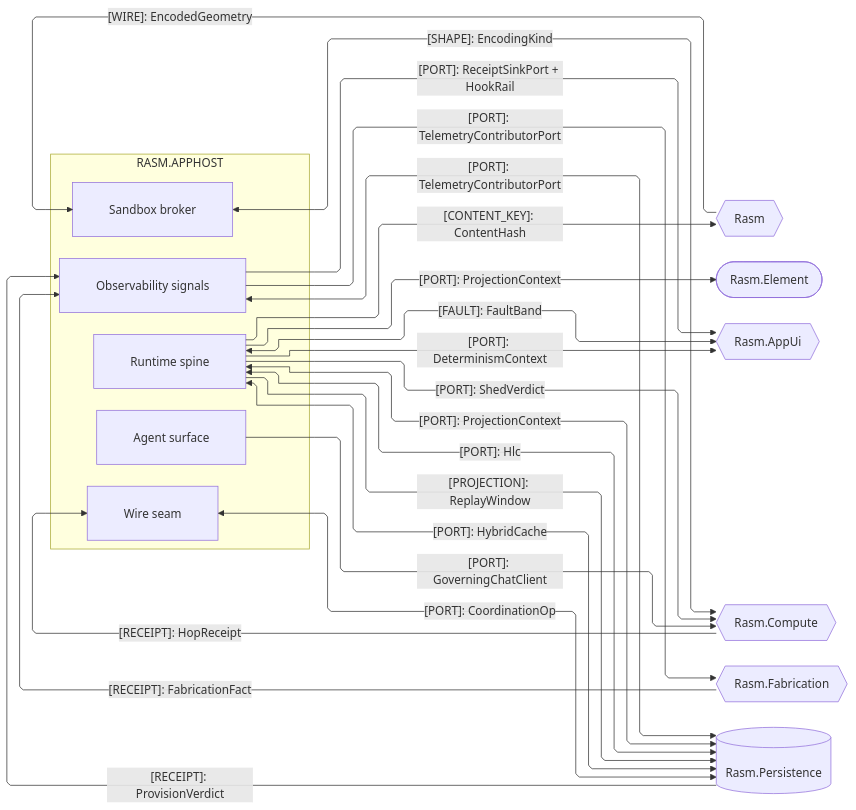
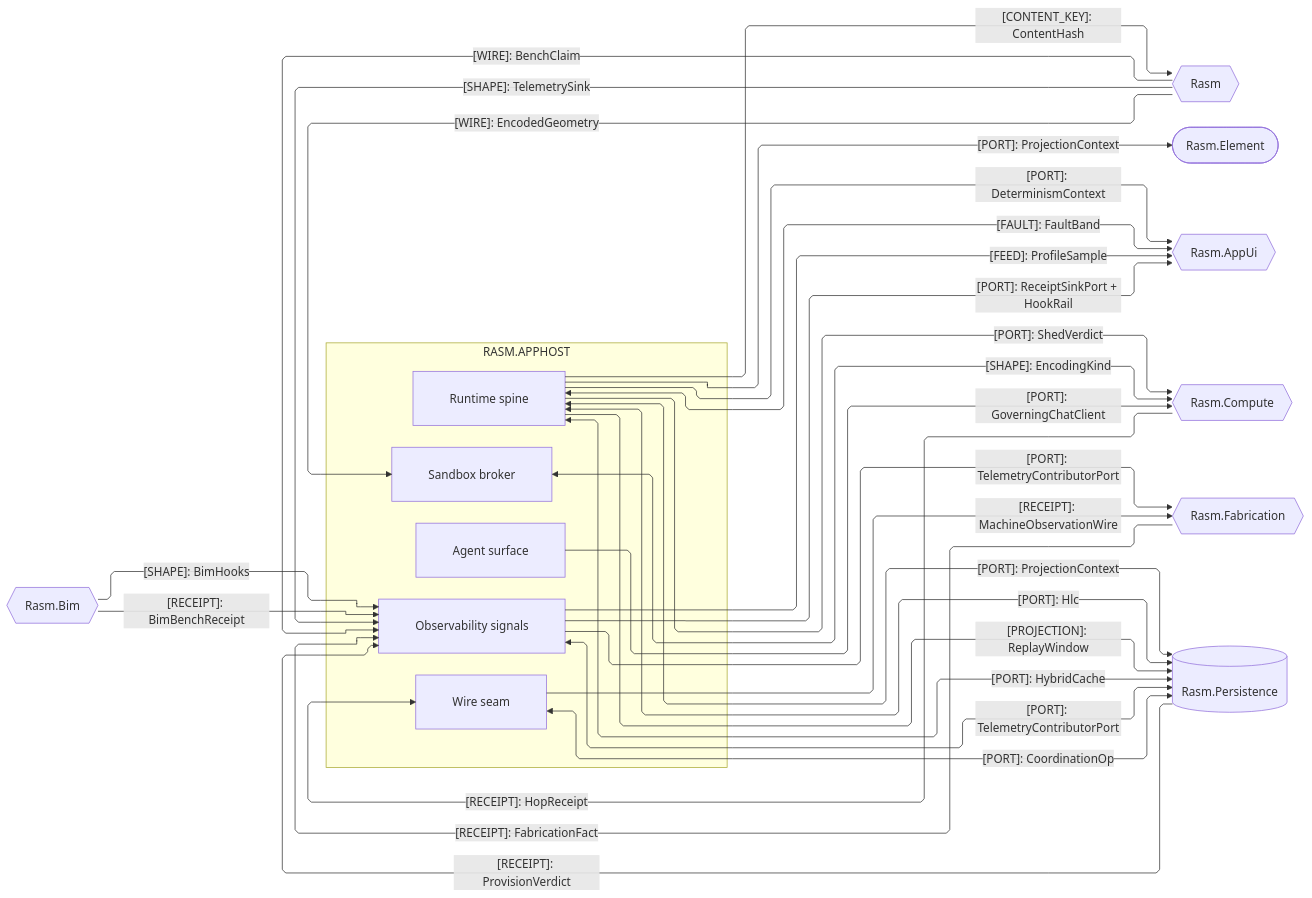
Before and after one commit to bsamiee/Rasm: the third of 4 diagrams in libs/csharp/Rasm.AppHost/ARCHITECTURE.md, drawn with Mermaid. The commit also changed 124 other files, not shown here.

First line of the commit message:
planning registries: ARCHITECTURE/README/IDEAS/TASKLOG/RULINGS + csproj, campaign-method, CLAUDE.md

````diff
--- a/libs/csharp/Rasm.AppHost/ARCHITECTURE.md
+++ b/libs/csharp/Rasm.AppHost/ARCHITECTURE.md
@@ -145,44 +145,51 @@
 ```mermaid
 ---
 config:
   layout: elk
   flowchart:
     curve: linear
     padding: 25
 ---
 flowchart LR
     accTitle: AppHost C# platform seams
-    accDescr: AppHost sub-domain owners exchanging ports, shapes, wires, receipts, and faults with the kernel, Element, AppUi, Fabrication, Persistence, and Compute packages, one edge per contract family labeled by kind.
+    accDescr: AppHost sub-domain owners exchanging ports, shapes, wires, receipts, and faults with the kernel, Bim, Element, AppUi, Fabrication, Persistence, and Compute packages, one edge per contract family labeled by kind.
     subgraph apphost[RASM.APPHOST]
         Runtime[Runtime spine]
         Agent[Agent surface]
         Wire[Wire seam]
         Sandbox[Sandbox broker]
         Observability[Observability signals]
     end
     Kernel{{Rasm}}
+    Bim{{Rasm.Bim}}
     Element([Rasm.Element])
     AppUi{{Rasm.AppUi}}
     Compute{{Rasm.Compute}}
     Fabrication{{Rasm.Fabrication}}
     Persistence[(Rasm.Persistence)]
     Kernel -->|"[WIRE]: EncodedGeometry"| Sandbox
+    Kernel e23@-->|"[SHAPE]: TelemetrySink"| Observability
+    Kernel e24@-->|"[WIRE]: BenchClaim"| Observability
+    Bim e25@-->|"[SHAPE]: BimHooks"| Observability
+    Bim e26@-->|"[RECEIPT]: BimBenchReceipt"| Observability
     Runtime -->|"[CONTENT_KEY]: ContentHash"| Kernel
     Runtime e3@-->|"[PORT]: ProjectionContext"| Element
     Runtime -->|"[PORT]: DeterminismContext"| AppUi
     Runtime e6@<-->|"[PORT]: ProjectionContext"| Persistence
     Wire e8@<-->|"[PORT]: CoordinationOp"| Persistence
     Runtime e15@<-->|"[PORT]: Hlc"| Persistence
     Runtime e16@-->|"[PROJECTION]: ReplayWindow"| Persistence
     Runtime e17@<-->|"[PORT]: HybridCache"| Persistence
     Persistence e18@-->|"[RECEIPT]: ProvisionVerdict"| Observability
     Observability e14@<-->|"[PORT]: TelemetryContributorPort"| Persistence
     Observability e19@-->|"[PORT]: ReceiptSinkPort + HookRail"| AppUi
     Runtime e20@<-->|"[FAULT]: FaultBand"| AppUi
+    Observability e27@-->|"[FEED]: ProfileSample"| AppUi
     Fabrication e21@-->|"[RECEIPT]: FabricationFact"| Observability
     Observability e22@-->|"[PORT]: TelemetryContributorPort"| Fabrication
+    Wire e28@-->|"[RECEIPT]: MachineObservationWire"| Fabrication
     Runtime -->|"[PORT]: ShedVerdict"| Compute
     Agent -->|"[PORT]: GoverningChatClient"| Compute
     Compute -->|"[RECEIPT]: HopReceipt"| Wire
     Sandbox <-->|"[SHAPE]: EncodingKind"| Compute
 ```
````
